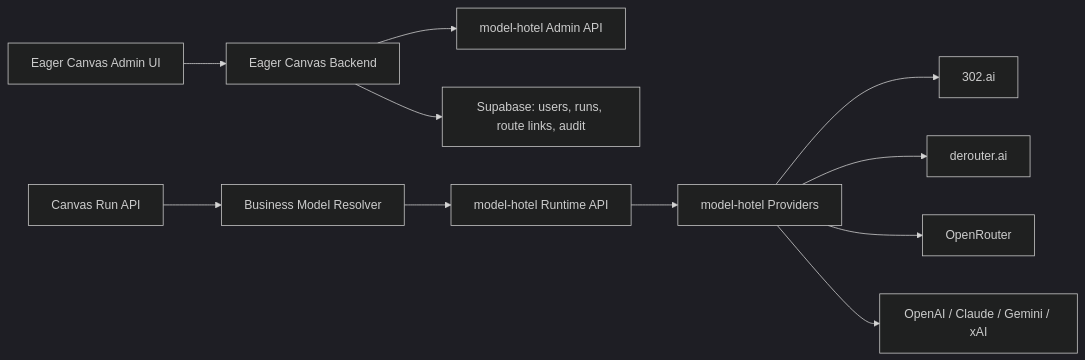
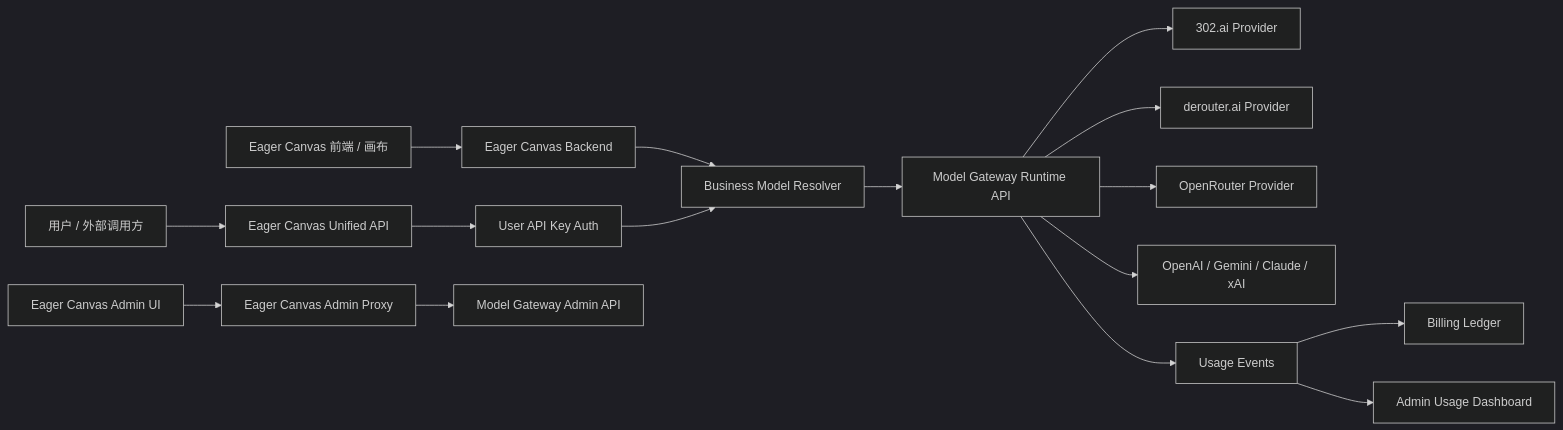
Before and after one commit to Halewwang/eagercanvas: the diagram in docs/MULTI_PROVIDER_MODEL_GATEWAY_PRD.md, drawn with Mermaid (dark theme). The commit also changed other lines of this file, not shown here.

Commit message:
docs: update multi-provider model gateway PRD

````diff
--- a/docs/MULTI_PROVIDER_MODEL_GATEWAY_PRD.md
+++ b/docs/MULTI_PROVIDER_MODEL_GATEWAY_PRD.md
@@ -334,13 +97,22 @@
 ```mermaid
 flowchart LR
-  Admin["Eager Canvas Admin UI"] --> ECAPI["Eager Canvas Backend"]
-  ECAPI --> MHAdmin["model-hotel Admin API"]
-  UserRun["Canvas Run API"] --> Resolver["Business Model Resolver"]
-  Resolver --> MHRuntime["model-hotel Runtime API"]
-  MHRuntime --> MHProviders["model-hotel Providers"]
-  MHProviders --> P302["302.ai"]
-  MHProviders --> Derouter["derouter.ai"]
-  MHProviders --> OpenRouter["OpenRouter"]
-  MHProviders --> OpenAI["OpenAI / Claude / Gemini / xAI"]
-  ECAPI --> Supabase["Supabase: users, runs, route links, audit"]
+  User["用户 / 外部调用方"] --> UnifiedAPI["Eager Canvas Unified API"]
+  Frontend["Eager Canvas 前端 / 画布"] --> CanvasAPI["Eager Canvas Backend"]
+
+  UnifiedAPI --> Auth["User API Key Auth"]
+  CanvasAPI --> Resolver["Business Model Resolver"]
+  Auth --> Resolver
+
+  Resolver --> GatewayRuntime["Model Gateway Runtime API"]
+  AdminUI["Eager Canvas Admin UI"] --> AdminProxy["Eager Canvas Admin Proxy"]
+  AdminProxy --> GatewayAdmin["Model Gateway Admin API"]
+
+  GatewayRuntime --> Provider302["302.ai Provider"]
+  GatewayRuntime --> ProviderDerouter["derouter.ai Provider"]
+  GatewayRuntime --> ProviderOpenRouter["OpenRouter Provider"]
+  GatewayRuntime --> ProviderOpenAI["OpenAI / Gemini / Claude / xAI"]
+
+  GatewayRuntime --> Usage["Usage Events"]
+  Usage --> Billing["Billing Ledger"]
+  Usage --> Dashboard["Admin Usage Dashboard"]
 ```
````
